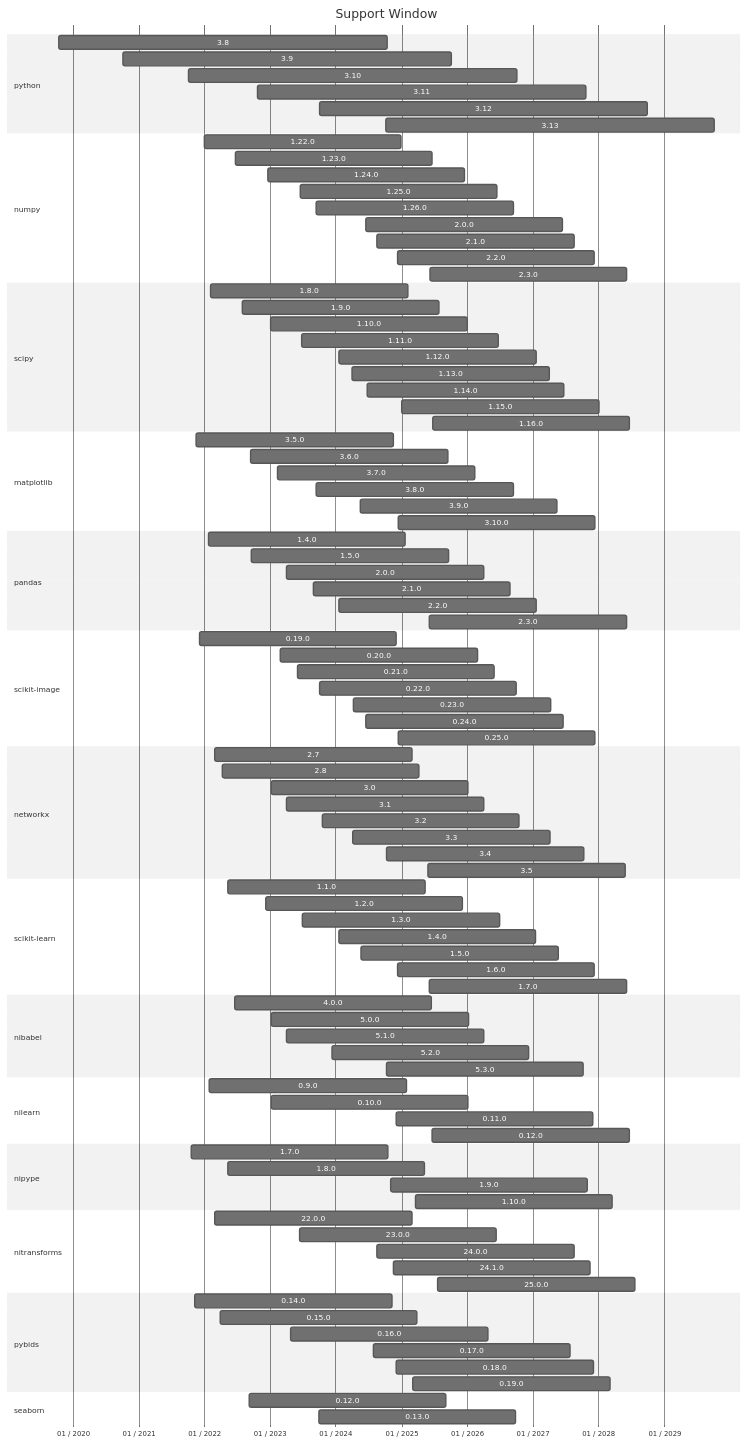
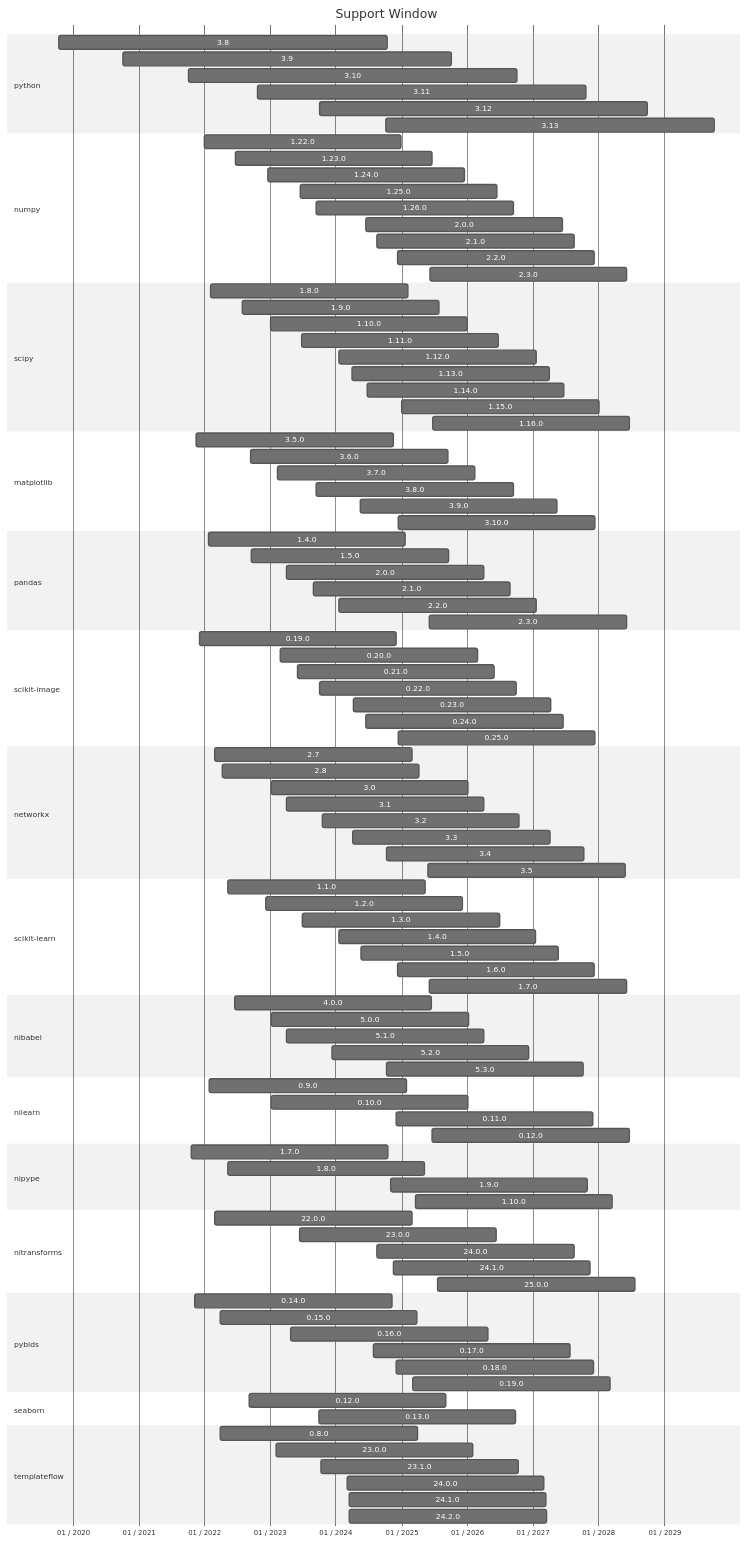
The diagram in spec-0000/chart.md (nipreps/speczeroplus), drawn with Mermaid (neutral theme) before and after one commit. The commit also changed 2 other files, not shown here.

Commit message:
Add templateflow

````diff
--- a/spec-0000/chart.md
+++ b/spec-0000/chart.md
@@ -115,4 +115,12 @@
 section seaborn
 0.12.0 : 2022-09-06,2025-09-05
 0.13.0 : 2023-09-29,2026-09-28
+
+section templateflow
+0.8.0 : 2022-03-31,2025-03-30
+23.0.0 : 2023-02-02,2026-02-01
+23.1.0 : 2023-10-12,2026-10-11
+24.0.0 : 2024-03-04,2027-03-04
+24.1.0 : 2024-03-15,2027-03-15
+24.2.0 : 2024-03-18,2027-03-18
 ```
````
